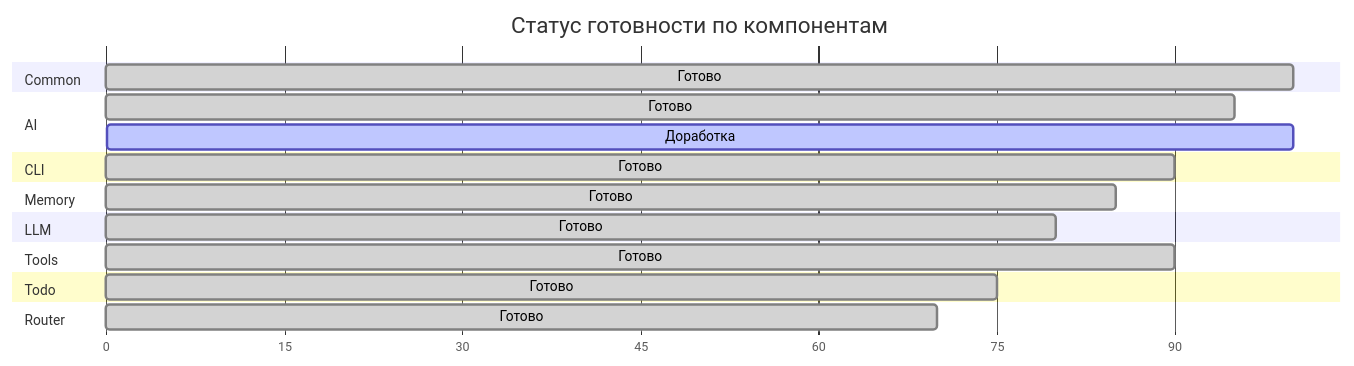
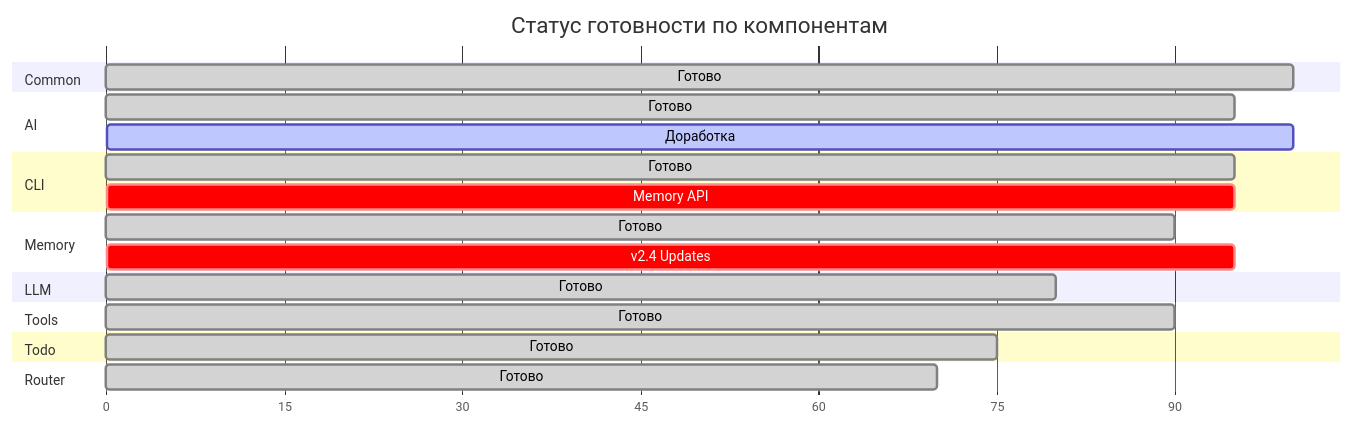
The first of 3 diagrams in docs/obsidian-comprehensive/Состояние готовности компонентов.md (iMAGRAY/MAGRAY_Cli), drawn with Mermaid before and after one commit. The commit also changed other lines of this file and 34 other files, not shown here.

````diff
--- a/docs/obsidian-comprehensive/Состояние готовности компонентов.md
+++ b/docs/obsidian-comprehensive/Состояние готовности компонентов.md
@@ -20,31 +29,33 @@
 ```mermaid
 gantt
     title Статус готовности по компонентам
     dateFormat X
     axisFormat %s
 
     section Common
     Готово           :done, 0, 100
     
     section AI  
     Готово           :done, 0, 95
     Доработка        :active, 95, 100
     
-    section CLI
-    Готово           :done, 0, 90
+    section CLI  
+    Готово           :done, 0, 95
+    Memory API       :crit, 90, 95
     
     section Memory
-    Готово           :done, 0, 85
+    Готово           :done, 0, 90
+    v2.4 Updates     :crit, 90, 95
     
     section LLM
     Готово           :done, 0, 80
     
     section Tools
     Готово           :done, 0, 90
     
     section Todo
     Готово           :done, 0, 75
     
     section Router
     Готово           :done, 0, 70
 ```
````
